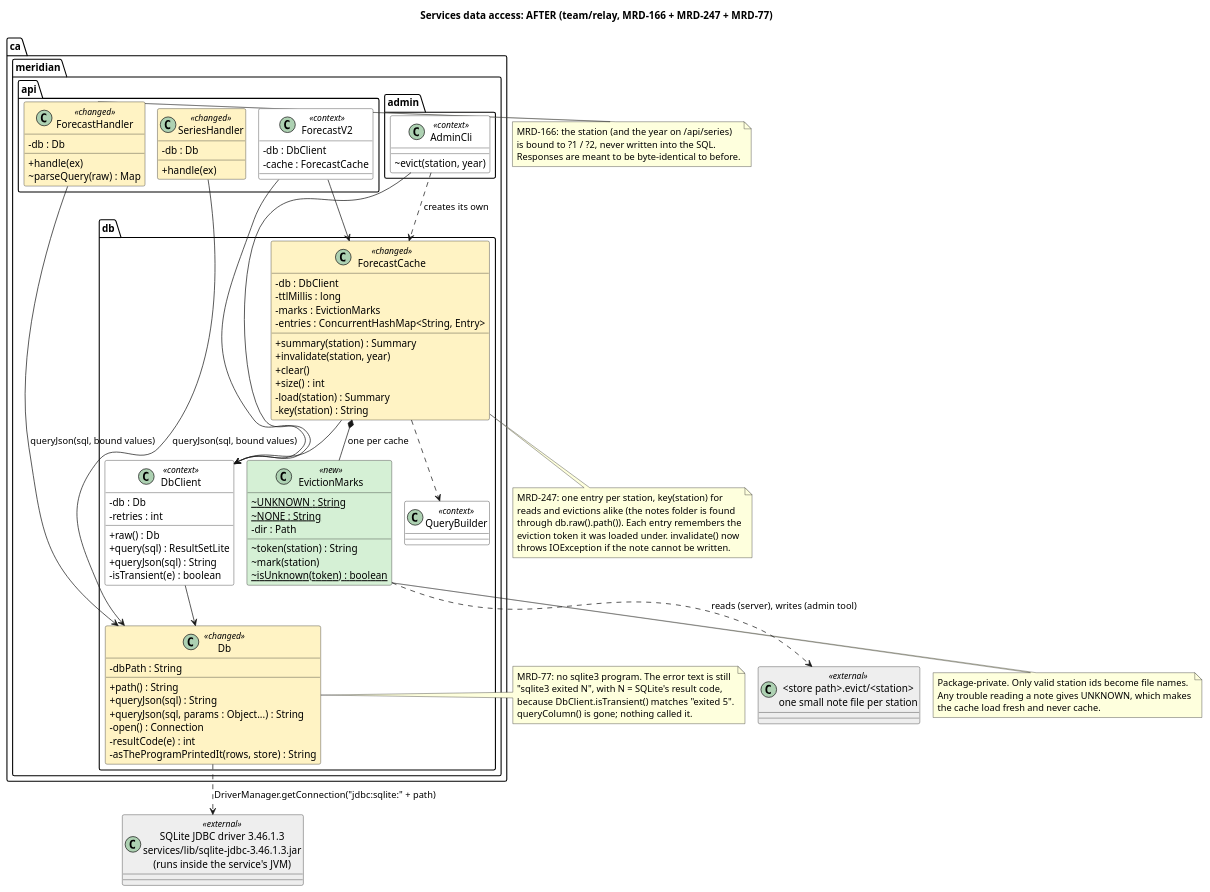
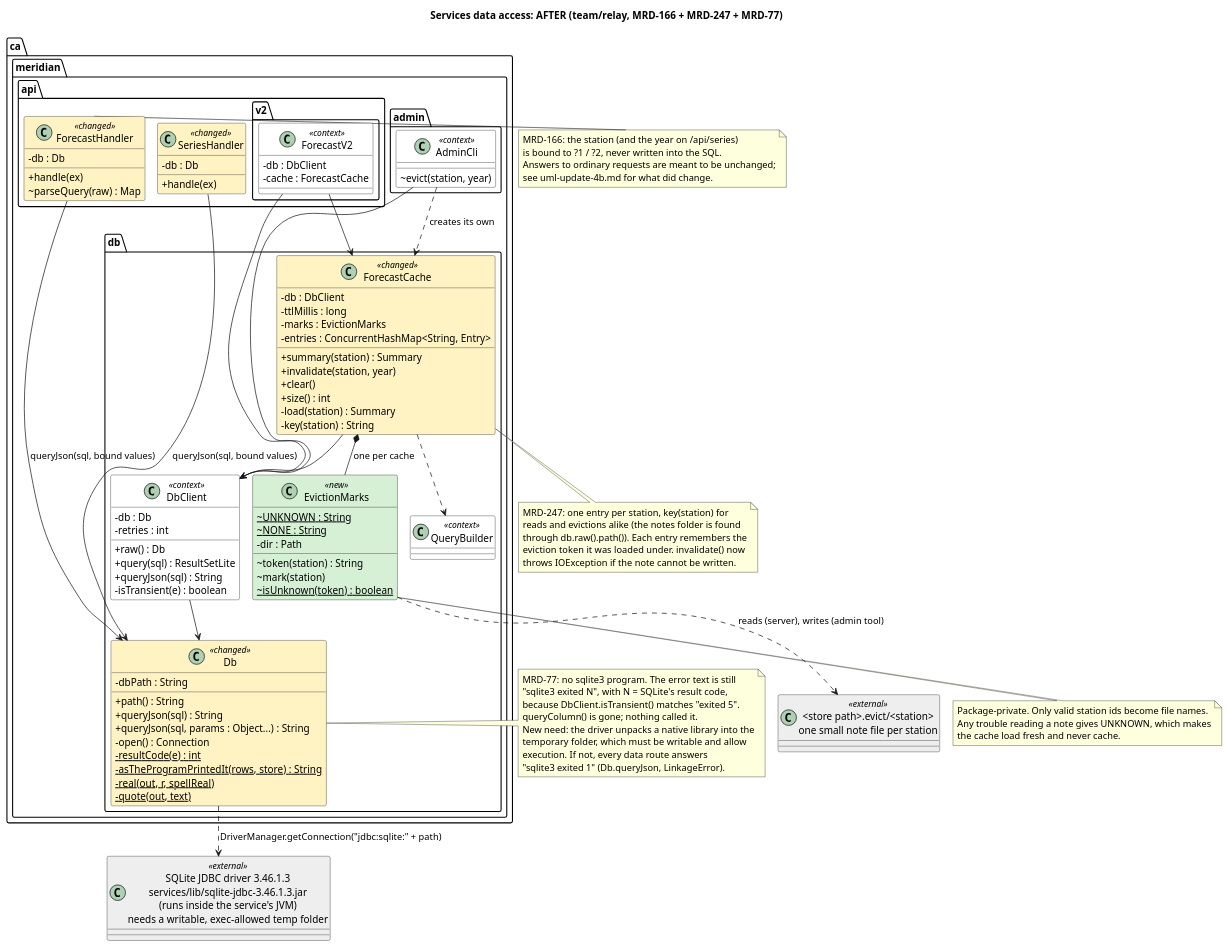
Before and after one commit to johnakinyemi-teaching/meridian-release: the diagram in services/docs/models/services-classes-after.puml, drawn with PlantUML. The commit also changed 6 other files, not shown here.

Commit message:
services docs: address review on #31 (answers that changed, temp-dir need, ForecastV2 package, move fallback)

```diff
--- a/services/docs/models/services-classes-after.puml
+++ b/services/docs/models/services-classes-after.puml
@@ -1,122 +1,132 @@
 @startuml services-classes-after
 ' Services / API data-access classes on team/relay after Relay's A4 tickets
 ' MRD-166, MRD-247 and MRD-77 (Java half). Compare services-classes-before.puml.
 ' Reverse-engineered from services/src/ca/meridian on origin/team/relay (Nov 21, 2026).
 ' Green = new, yellow = changed, grey = outside the services code, white = unchanged context.
 !pragma layout smetana
 title Services data access: AFTER (team/relay, MRD-166 + MRD-247 + MRD-77)
 skinparam classAttributeIconSize 0
 skinparam shadowing false
 skinparam class {
   BackgroundColor<<new>> #D5F0D5
   BackgroundColor<<changed>> #FFF3C4
   BackgroundColor<<external>> #EEEEEE
   BackgroundColor<<context>> #FFFFFF
 }
 
 package "ca.meridian.api" {
   class ForecastHandler <<changed>> {
     -db : Db
     +handle(ex)
     ~parseQuery(raw) : Map
   }
   class SeriesHandler <<changed>> {
     -db : Db
     +handle(ex)
   }
+}
+
+package "ca.meridian.api.v2" {
   class ForecastV2 <<context>> {
     -db : DbClient
     -cache : ForecastCache
   }
 }
 
 package "ca.meridian.admin" {
   class AdminCli <<context>> {
     ~evict(station, year)
   }
 }
 
 package "ca.meridian.db" {
   class Db <<changed>> {
     -dbPath : String
     +path() : String
     +queryJson(sql) : String
     +queryJson(sql, params : Object...) : String
     -open() : Connection
-    -resultCode(e) : int
-    -asTheProgramPrintedIt(rows, store) : String
+    -{static} resultCode(e) : int
+    -{static} asTheProgramPrintedIt(rows, store) : String
+    -{static} real(out, r, spellReal)
+    -{static} quote(out, text)
   }
   class DbClient <<context>> {
     -db : Db
     -retries : int
     +raw() : Db
     +query(sql) : ResultSetLite
     +queryJson(sql) : String
     -isTransient(e) : boolean
   }
   class ForecastCache <<changed>> {
     -db : DbClient
     -ttlMillis : long
     -marks : EvictionMarks
     -entries : ConcurrentHashMap<String, Entry>
     +summary(station) : Summary
     +invalidate(station, year)
     +clear()
     +size() : int
     -load(station) : Summary
     -key(station) : String
   }
   class EvictionMarks <<new>> {
     ~{static} UNKNOWN : String
     ~{static} NONE : String
     -dir : Path
     ~token(station) : String
     ~mark(station)
     ~{static} isUnknown(token) : boolean
   }
   class QueryBuilder <<context>>
 }
 
-class "SQLite JDBC driver 3.46.1.3\nservices/lib/sqlite-jdbc-3.46.1.3.jar\n(runs inside the service's JVM)" as Driver <<external>>
+class "SQLite JDBC driver 3.46.1.3\nservices/lib/sqlite-jdbc-3.46.1.3.jar\n(runs inside the service's JVM)\nneeds a writable, exec-allowed temp folder" as Driver <<external>>
 class "<store path>.evict/<station>\none small note file per station" as Notes <<external>>
 
 ForecastHandler --> Db : queryJson(sql, bound values)
 SeriesHandler --> Db : queryJson(sql, bound values)
 ForecastV2 --> DbClient
 ForecastV2 --> ForecastCache
 AdminCli --> DbClient
 AdminCli ..> ForecastCache : creates its own
 DbClient --> Db
 ForecastCache --> DbClient
 ForecastCache ..> QueryBuilder
 ForecastCache *-- EvictionMarks : one per cache
 EvictionMarks ..> Notes : reads (server), writes (admin tool)
 Db ..> Driver : DriverManager.getConnection("jdbc:sqlite:" + path)
 
 note right of ForecastHandler
   MRD-166: the station (and the year on /api/series)
   is bound to ?1 / ?2, never written into the SQL.
-  Responses are meant to be byte-identical to before.
+  Answers to ordinary requests are meant to be unchanged;
+  see uml-update-4b.md for what did change.
 end note
 
 note bottom of ForecastCache
   MRD-247: one entry per station, key(station) for
   reads and evictions alike (the notes folder is found
   through db.raw().path()). Each entry remembers the
   eviction token it was loaded under. invalidate() now
   throws IOException if the note cannot be written.
 end note
 
 note right of Db
   MRD-77: no sqlite3 program. The error text is still
   "sqlite3 exited N", with N = SQLite's result code,
   because DbClient.isTransient() matches "exited 5".
   queryColumn() is gone; nothing called it.
+  New need: the driver unpacks a native library into the
+  temporary folder, which must be writable and allow
+  execution. If not, every data route answers
+  "sqlite3 exited 1" (Db.queryJson, LinkageError).
 end note
 
 note bottom of EvictionMarks
   Package-private. Only valid station ids become file names.
   Any trouble reading a note gives UNKNOWN, which makes
   the cache load fresh and never cache.
 end note
 @enduml
```
